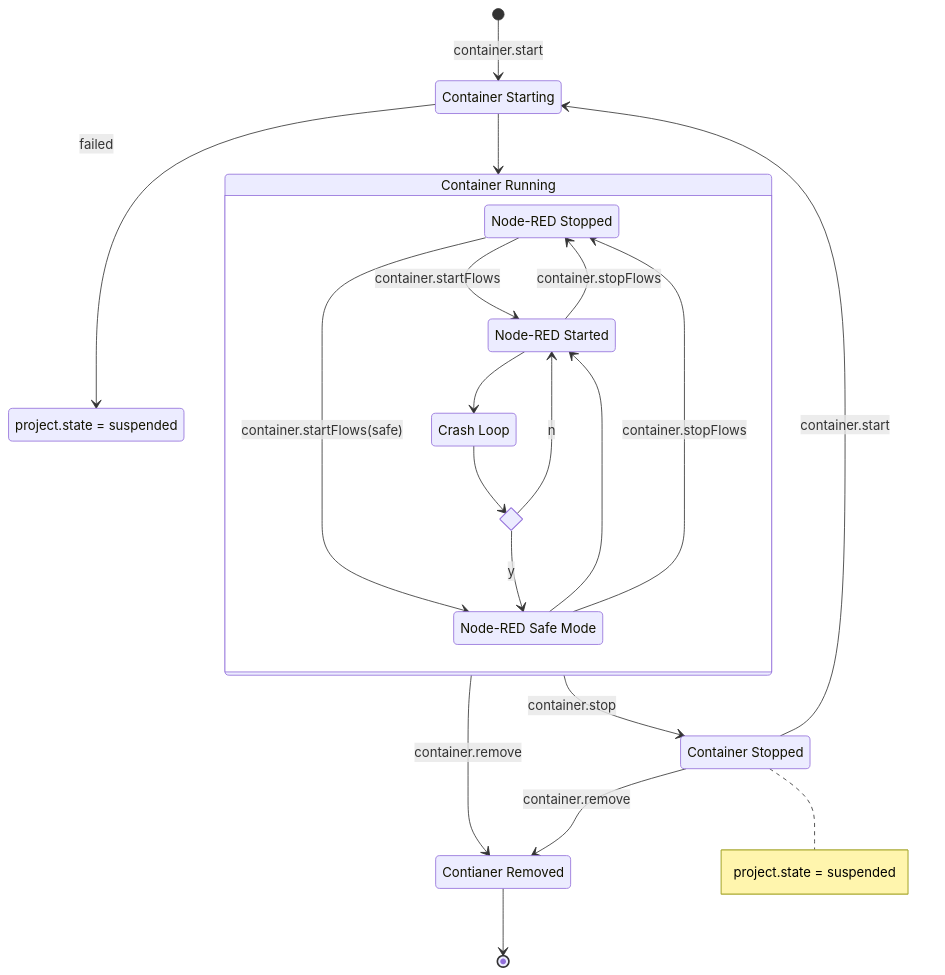
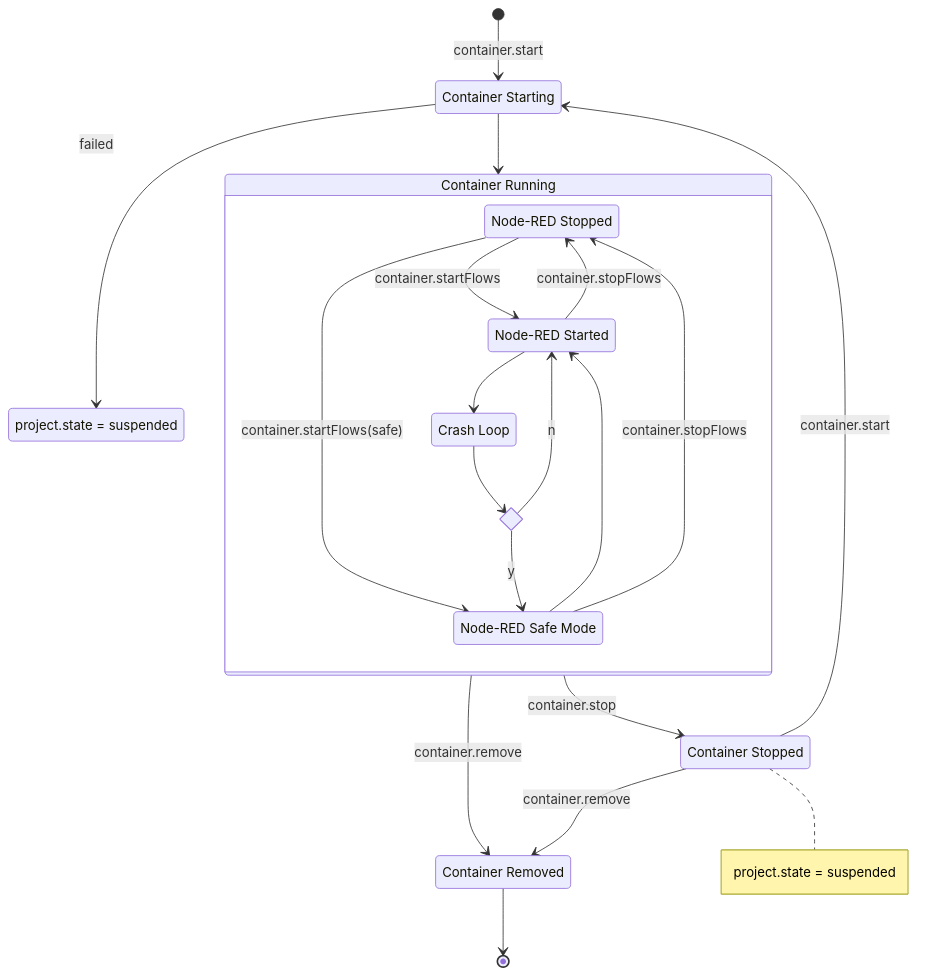
Before and after one commit to FlowFuse/flowfuse: the diagram in docs/contribute/workflows/project-states.md, drawn with Mermaid. The commit also changed 7 other files, not shown here.

````diff
--- a/docs/contribute/workflows/project-states.md
+++ b/docs/contribute/workflows/project-states.md
@@ -2,36 +2,36 @@
 ```mermaid
 stateDiagram-v2
 direction TB
 ConStarting: Container Starting
 ConRunning: Container Running
 ConStopped: Container Stopped
-ConRemoved: Contianer Removed
+ConRemoved: Container Removed
 ProjStateSus: project.state = suspended
 NRStopped: Node-RED Stopped
 NRStarted: Node-RED Started
 NRSafe: Node-RED Safe Mode
 Crash: Crash Loop
 state crash_loop <<choice>>
 [*] --> ConStarting : container.start
 ConStarting --> ProjStateSus : failed
 ConStarting --> ConRunning
 state ConRunning {
     direction TB
     NRStarted --> NRStopped : container.stopFlows
     NRStopped --> NRStarted : container.startFlows
     NRStopped --> NRSafe : container.startFlows(safe)
     NRSafe --> NRStarted
     NRSafe --> NRStopped : container.stopFlows
     NRStarted --> Crash
     Crash --> crash_loop
     crash_loop --> NRSafe : y
     crash_loop --> NRStarted : n
     
 }
 ConRunning --> ConRemoved : container.remove
 ConRunning --> ConStopped : container.stop
 ConStopped --> ConRemoved : container.remove
 ConStopped --> ConStarting : container.start
 note right of ConStopped : project.state = suspended
 ConRemoved --> [*]
 ```
````
